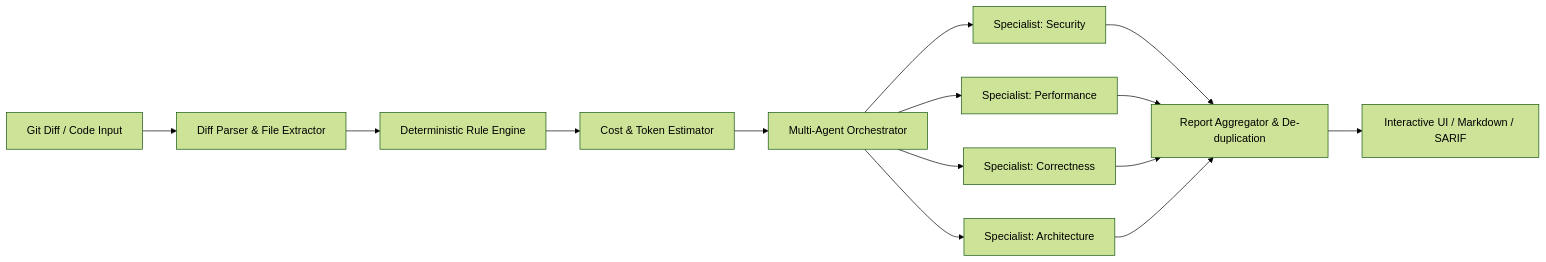
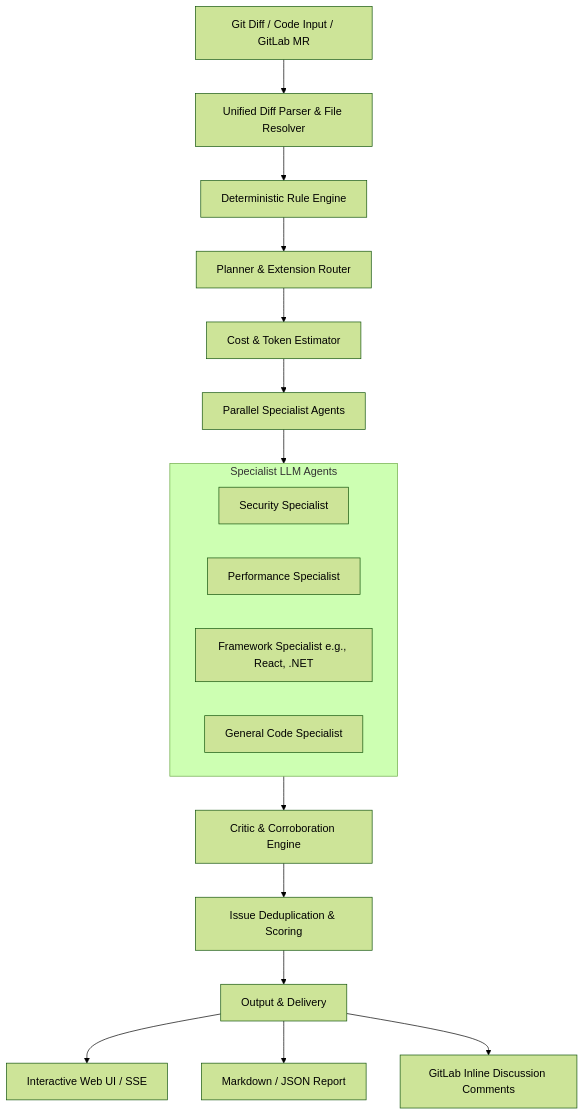
Before and after one commit to whossein/ai-platform-review-gemini: the diagram in README.md, drawn with Mermaid (forest theme). The commit also changed other lines of this file and 2 other files, not shown here.

````diff
--- a/README.md
+++ b/README.md
@@ -119,13 +59,21 @@
 ```mermaid
-flowchart LR
-    A[Git Diff / Code Input] --> B[Diff Parser & File Extractor]
+flowchart TD
+    A[Git Diff / Code Input / GitLab MR] --> B[Unified Diff Parser & File Resolver]
     B --> C[Deterministic Rule Engine]
-    C --> D[Cost & Token Estimator]
-    D --> E[Multi-Agent Orchestrator]
-    E --> F[Specialist: Security]
-    E --> G[Specialist: Performance]
-    E --> H[Specialist: Correctness]
-    E --> I[Specialist: Architecture]
-    F & G & H & I --> J[Report Aggregator & De-duplication]
-    J --> K[Interactive UI / Markdown / SARIF]
+    C --> D[Planner & Extension Router]
+    D --> E[Cost & Token Estimator]
+    E --> F[Parallel Specialist Agents]
+    subgraph Specialists [Specialist LLM Agents]
+        F1[Security Specialist]
+        F2[Performance Specialist]
+        F3[Framework Specialist e.g., React, .NET]
+        F4[General Code Specialist]
+    end
+    F --> Specialists
+    Specialists --> G[Critic & Corroboration Engine]
+    G --> H[Issue Deduplication & Scoring]
+    H --> I[Output & Delivery]
+    I --> I1[Interactive Web UI / SSE]
+    I --> I2[Markdown / JSON Report]
+    I --> I3[GitLab Inline Discussion Comments]
 ```
````
